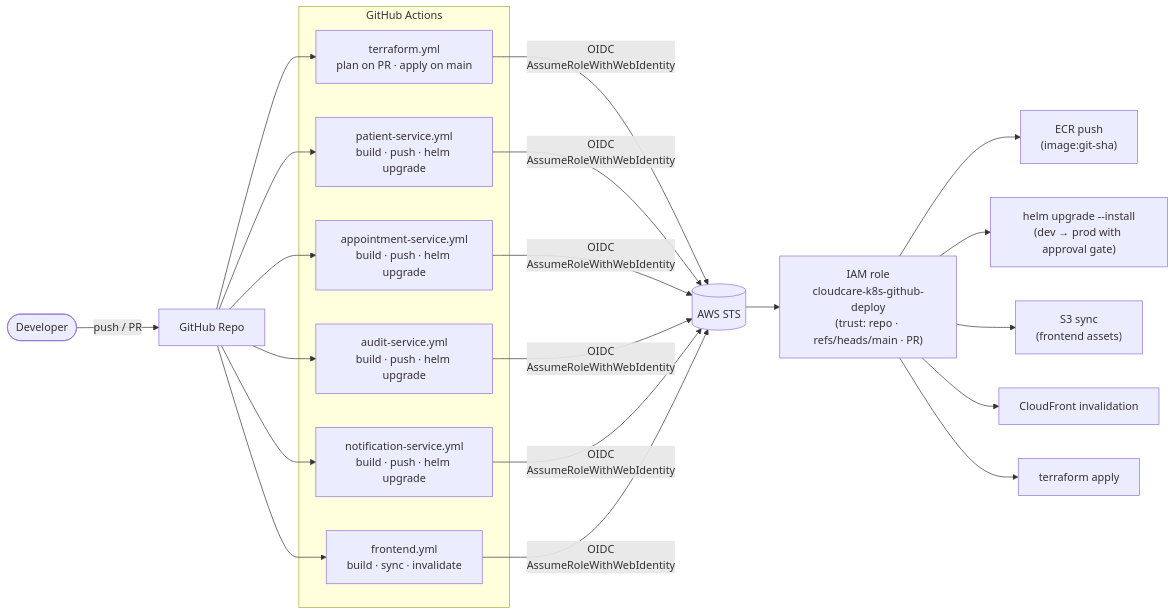
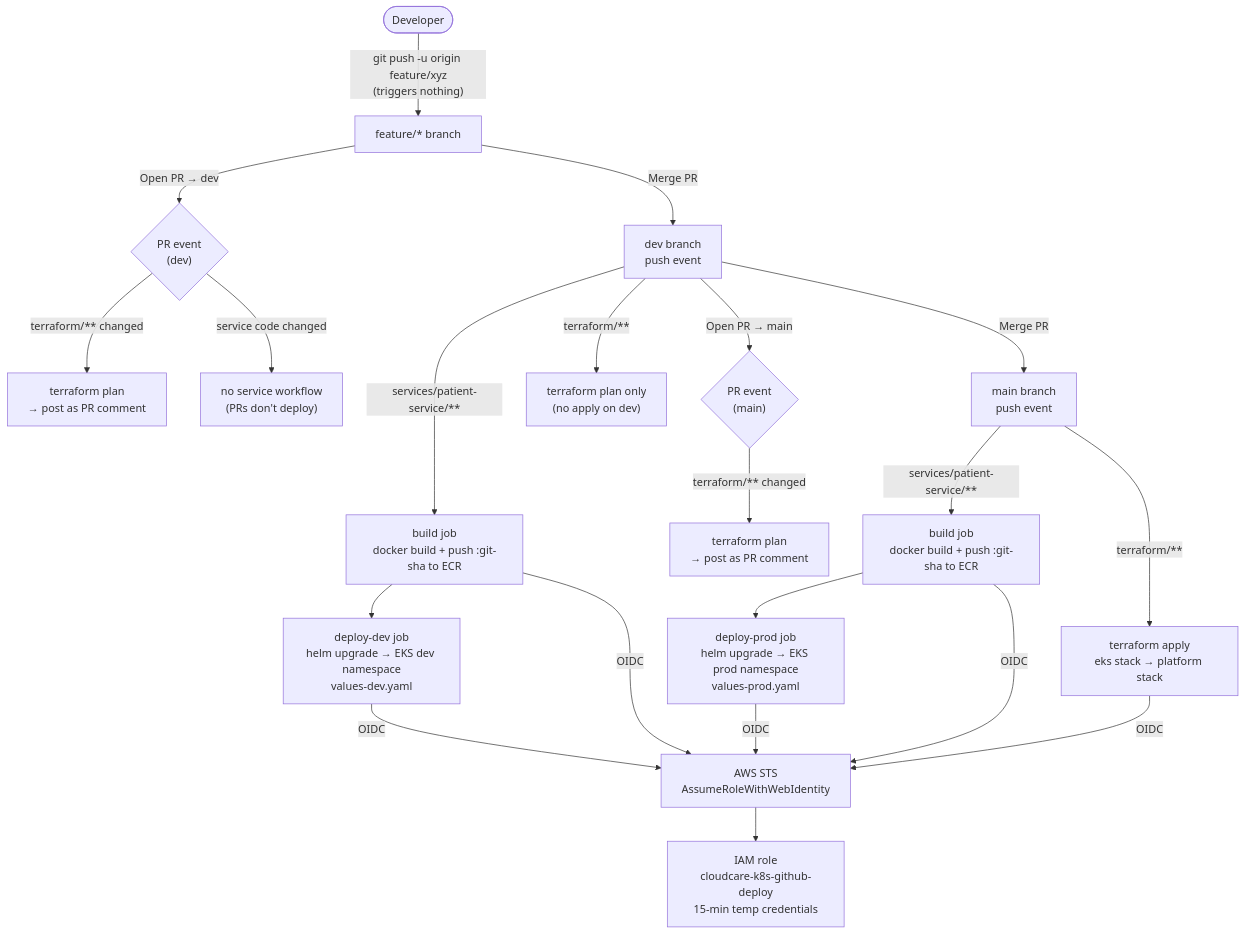
Before and after one commit to chala2001/cloud-care-k8s: the eighth of 9 diagrams in README.md, drawn with Mermaid. The commit also changed other lines of this file, not shown here.

Commit message:
expand CI/CD section in README with branch strategy, trigger map and pipeline detail

````diff
--- a/README.md
+++ b/README.md
@@ -549,25 +715,26 @@
 ```mermaid
-flowchart LR
-    Dev([Developer]) -->|push / PR| GH[GitHub Repo]
+flowchart TD
+    Dev([Developer])
 
-    subgraph GHA["GitHub Actions"]
-        TF["terraform.yml\nplan on PR · apply on main"]
-        WPS["patient-service.yml\nbuild · push · helm upgrade"]
-        WAS["appointment-service.yml\nbuild · push · helm upgrade"]
-        WAU["audit-service.yml\nbuild · push · helm upgrade"]
-        WNS["notification-service.yml\nbuild · push · helm upgrade"]
-        WFE["frontend.yml\nbuild · sync · invalidate"]
-    end
+    Dev -->|"git push -u origin feature/xyz\n(triggers nothing)"| FEAT["feature/* branch"]
+    FEAT -->|"Open PR → dev"| PR1{"PR event\n(dev)"}
+    PR1 -->|"terraform/** changed"| PLAN1["terraform plan\n→ post as PR comment"]
+    PR1 -->|"service code changed"| SKIP["no service workflow\n(PRs don't deploy)"]
 
-    GH --> TF & WPS & WAS & WAU & WNS & WFE
+    FEAT -->|"Merge PR"| DEV["dev branch\npush event"]
+    DEV -->|"services/patient-service/**"| BD["build job\ndocker build + push :git-sha to ECR"]
+    BD --> DD["deploy-dev job\nhelm upgrade → EKS dev namespace\nvalues-dev.yaml"]
+    DEV -->|"terraform/**"| TP_DEV["terraform plan only\n(no apply on dev)"]
 
-    TF & WPS & WAS & WAU & WNS & WFE -- "OIDC\nAssumeRoleWithWebIdentity" --> STS[(AWS STS)]
+    DEV -->|"Open PR → main"| PR2{"PR event\n(main)"}
+    PR2 -->|"terraform/** changed"| PLAN2["terraform plan\n→ post as PR comment"]
 
-    STS --> Role["IAM role\ncloudcare-k8s-github-deploy\n(trust: repo · refs/heads/main · PR)"]
+    DEV -->|"Merge PR"| MAIN["main branch\npush event"]
+    MAIN -->|"services/patient-service/**"| BP["build job\ndocker build + push :git-sha to ECR"]
+    BP --> DP["deploy-prod job\nhelm upgrade → EKS prod namespace\nvalues-prod.yaml"]
+    MAIN -->|"terraform/**"| TA["terraform apply\neks stack → platform stack"]
 
-    Role --> ECR["ECR push\n(image:git-sha)"]
-    Role --> HELM["helm upgrade --install\n(dev → prod with approval gate)"]
-    Role --> S3O["S3 sync\n(frontend assets)"]
-    Role --> CFI["CloudFront invalidation"]
-    Role --> TFA["terraform apply"]
+    BD & BP -->|"OIDC"| STS["AWS STS\nAssumeRoleWithWebIdentity"]
+    DD & DP & TA -->|"OIDC"| STS
+    STS --> ROLE["IAM role\ncloudcare-k8s-github-deploy\n15-min temp credentials"]
 ```
````
